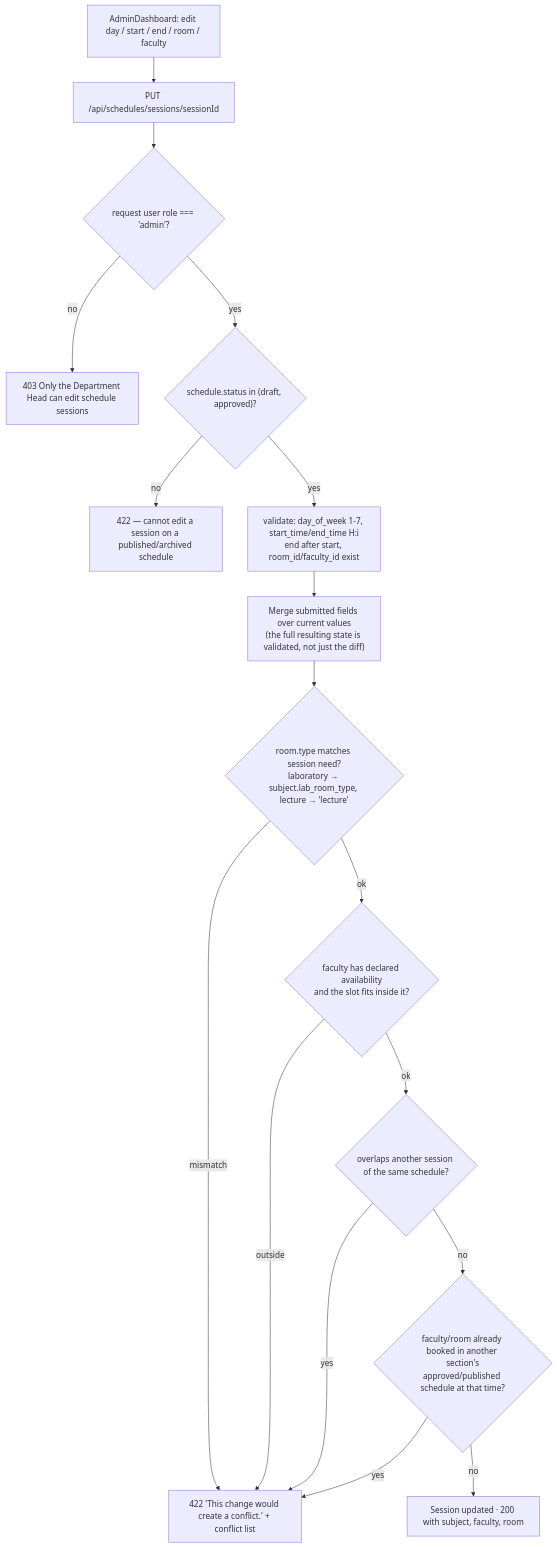
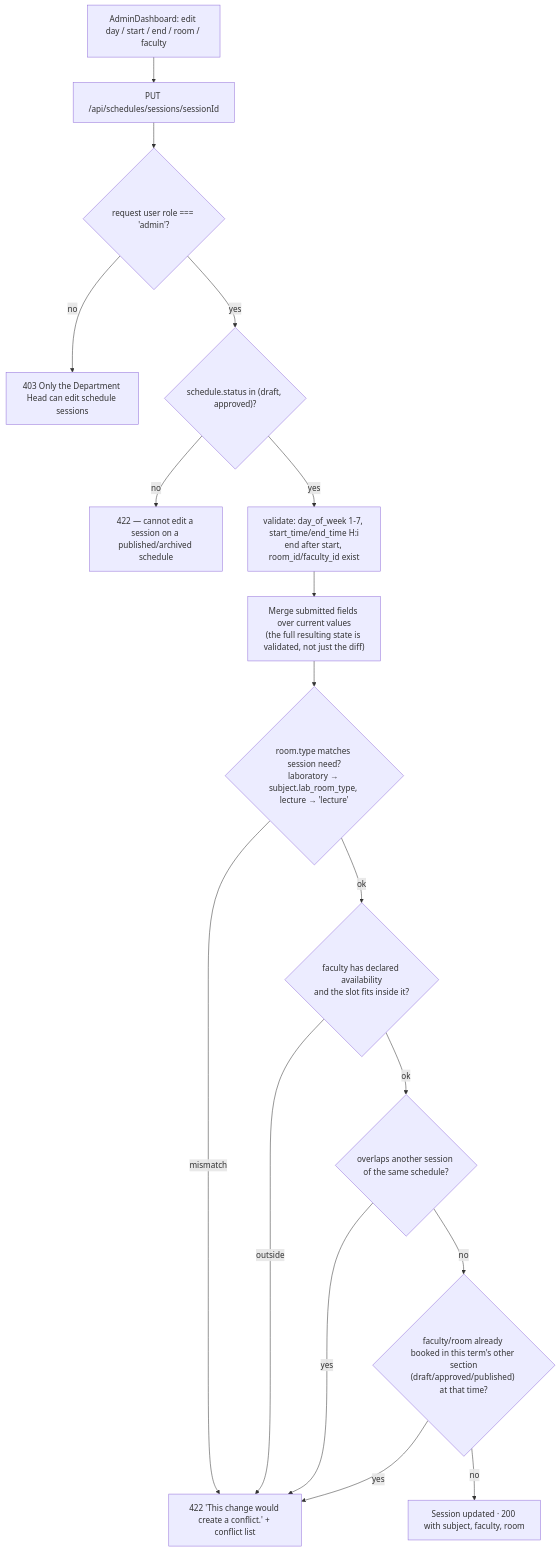
The seventh of 7 diagrams in documentation/Program-Flow.md (KiroOoo-arch/IT-faculty-scheduling-system), drawn with Mermaid before and after one commit. The commit also changed other lines of this file and 23 other files, not shown here.

````diff
--- a/documentation/Program-Flow.md
+++ b/documentation/Program-Flow.md
@@ -249,19 +253,19 @@
 ```mermaid
 flowchart TD
     E["AdminDashboard: edit day / start / end / room / faculty"] --> PUT["PUT /api/schedules/sessions/sessionId"]
     PUT --> R{"request user role === 'admin'?"}
     R -- "no" --> R403["403 Only the Department Head can edit schedule sessions"]
     R -- "yes" --> ST{"schedule.status in (draft, approved)?"}
     ST -- "no" --> ST422["422 — cannot edit a session on a published/archived schedule"]
     ST -- "yes" --> VAL["validate: day_of_week 1-7, start_time/end_time H:i<br/>end after start, room_id/faculty_id exist"]
     VAL --> MERGE["Merge submitted fields over current values<br/>(the full resulting state is validated, not just the diff)"]
     MERGE --> C1{"room.type matches session need?<br/>laboratory → subject.lab_room_type, lecture → 'lecture'"}
     C1 -- "mismatch" --> CONF["422 'This change would create a conflict.' + conflict list"]
     C1 -- "ok" --> C2{"faculty has declared availability<br/>and the slot fits inside it?"}
     C2 -- "outside" --> CONF
     C2 -- "ok" --> C3{"overlaps another session of the same schedule?"}
     C3 -- "yes" --> CONF
-    C3 -- "no" --> C4{"faculty/room already booked in another section's<br/>approved/published schedule at that time?"}
+    C3 -- "no" --> C4{"faculty/room already booked in this term's other section<br/>(draft/approved/published) at that time?"}
     C4 -- "yes" --> CONF
     C4 -- "no" --> OK["Session updated · 200 with subject, faculty, room"]
 ```
````
